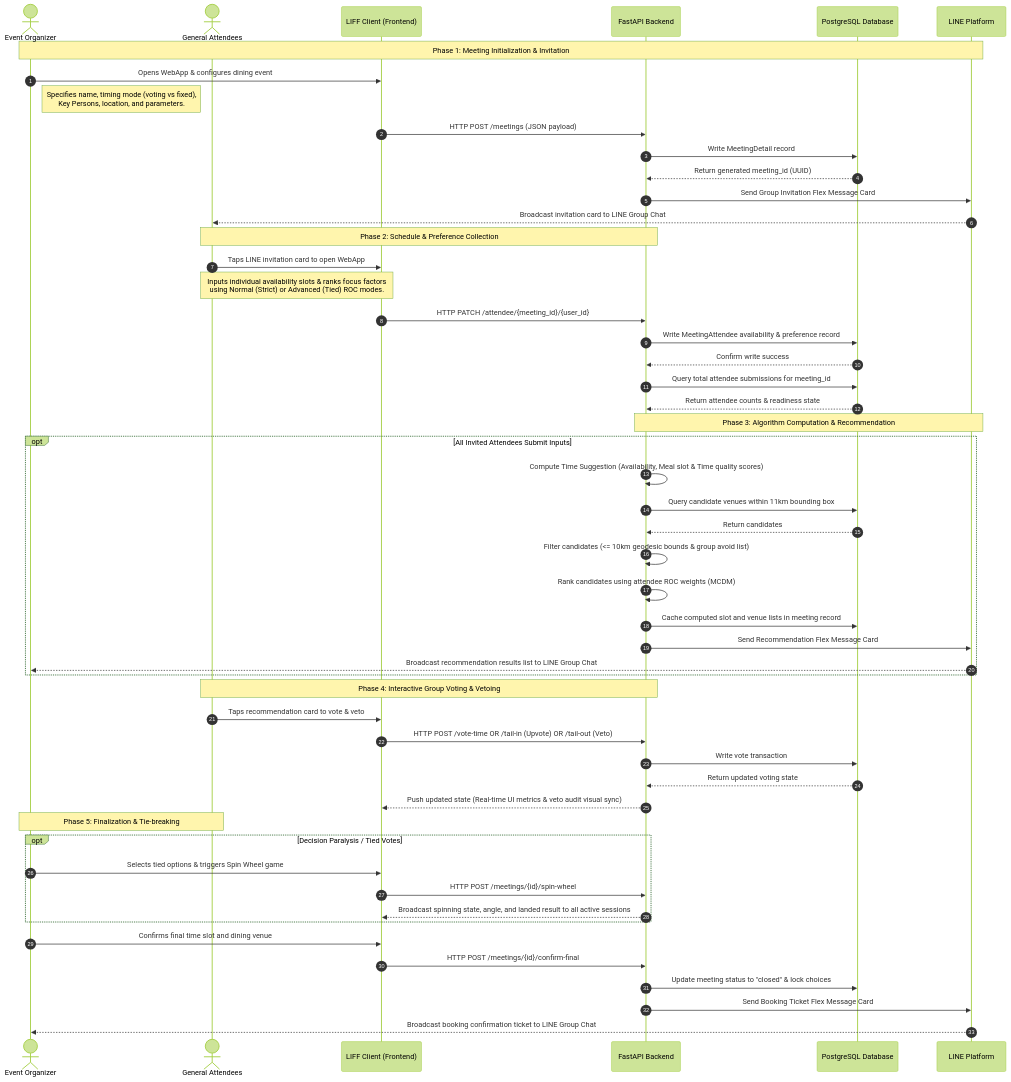
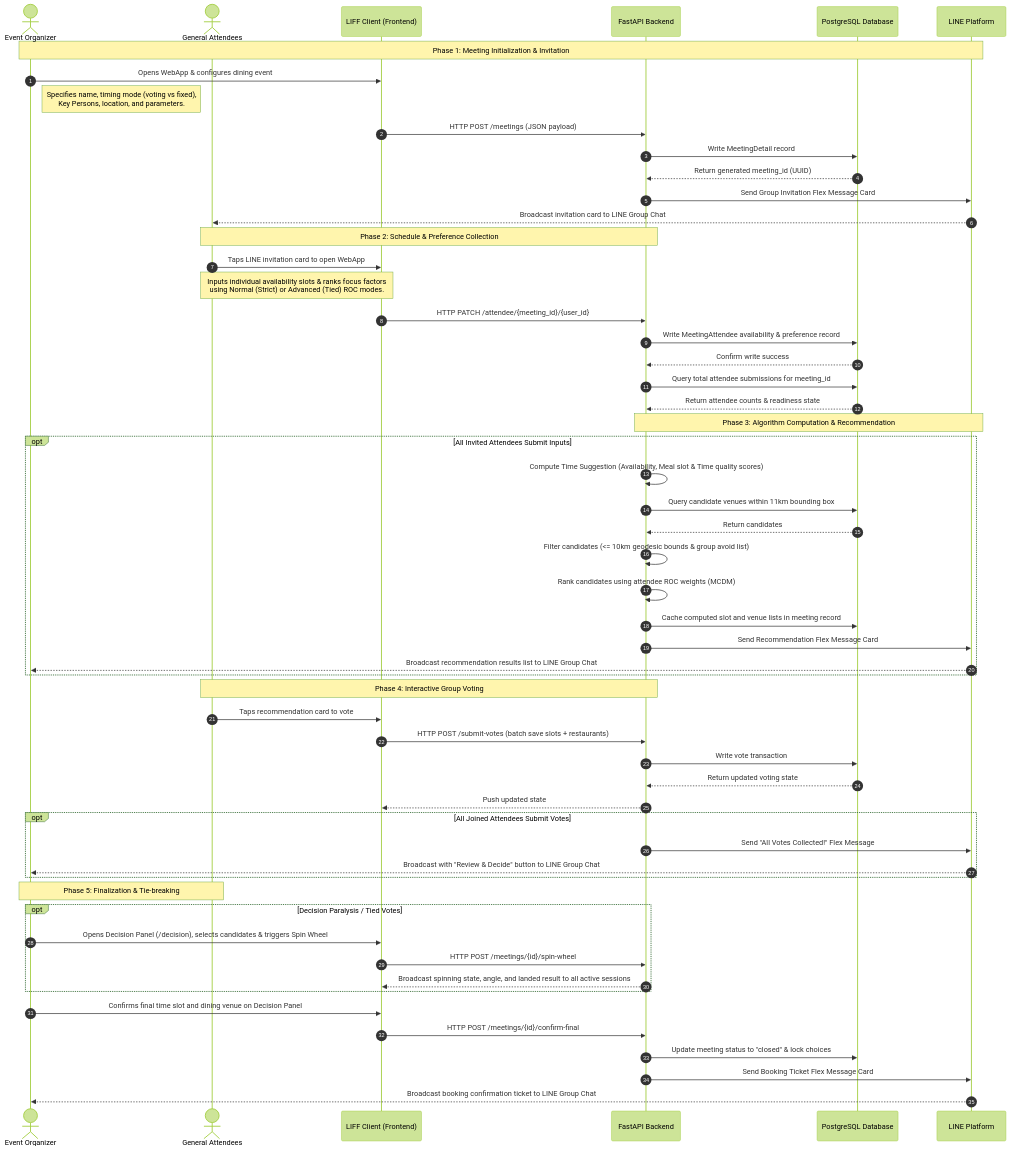
The diagram in README.md (pswpung/DISHCISION), drawn with Mermaid (forest theme) before and after one commit. The commit also changed other lines of this file and 2 other files, not shown here.

Commit message:
feat: update interactive voting flow with batch submission and new decision panel logic

````diff
--- a/README.md
+++ b/README.md
@@ -35,59 +35,64 @@
 ```mermaid
 sequenceDiagram
     autonumber
     actor Organizer as Event Organizer
     actor Attendees as General Attendees
     participant LIFF as LIFF Client (Frontend)
     participant Server as FastAPI Backend
     participant DB as PostgreSQL Database
     participant LINE as LINE Platform
 
     Note over Organizer, LINE: Phase 1: Meeting Initialization & Invitation
     Organizer->>LIFF: Opens WebApp & configures dining event
     Note right of Organizer: Specifies name, timing mode (voting vs fixed),<br/>Key Persons, location, and parameters.
     LIFF->>Server: HTTP POST /meetings (JSON payload)
     Server->>DB: Write MeetingDetail record
     DB-->>Server: Return generated meeting_id (UUID)
     Server->>LINE: Send Group Invitation Flex Message Card
     LINE-->>Attendees: Broadcast invitation card to LINE Group Chat
 
     Note over Attendees, Server: Phase 2: Schedule & Preference Collection
     Attendees->>LIFF: Taps LINE invitation card to open WebApp
     Note over Attendees, LIFF: Inputs individual availability slots & ranks focus factors<br/>using Normal (Strict) or Advanced (Tied) ROC modes.
     LIFF->>Server: HTTP PATCH /attendee/{meeting_id}/{user_id}
     Server->>DB: Write MeetingAttendee availability & preference record
     DB-->>Server: Confirm write success
     Server->>DB: Query total attendee submissions for meeting_id
     DB-->>Server: Return attendee counts & readiness state
 
     Note over Server, LINE: Phase 3: Algorithm Computation & Recommendation
     opt All Invited Attendees Submit Inputs
         Server->>Server: Compute Time Suggestion (Availability, Meal slot & Time quality scores)
         Server->>DB: Query candidate venues within 11km bounding box
         DB-->>Server: Return candidates
         Server->>Server: Filter candidates (<= 10km geodesic bounds & group avoid list)
         Server->>Server: Rank candidates using attendee ROC weights (MCDM)
         Server->>DB: Cache computed slot and venue lists in meeting record
         Server->>LINE: Send Recommendation Flex Message Card
         LINE-->>Organizer: Broadcast recommendation results list to LINE Group Chat
     end
 
-    Note over Attendees, Server: Phase 4: Interactive Group Voting & Vetoing
-    Attendees->>LIFF: Taps recommendation card to vote & veto
-    LIFF->>Server: HTTP POST /vote-time OR /tail-in (Upvote) OR /tail-out (Veto)
+    Note over Attendees, Server: Phase 4: Interactive Group Voting
+    Attendees->>LIFF: Taps recommendation card to vote
+    LIFF->>Server: HTTP POST /submit-votes (batch save slots + restaurants)
     Server->>DB: Write vote transaction
     DB-->>Server: Return updated voting state
-    Server-->>LIFF: Push updated state (Real-time UI metrics & veto audit visual sync)
+    Server-->>LIFF: Push updated state
+    
+    opt All Joined Attendees Submit Votes
+        Server->>LINE: Send "All Votes Collected!" Flex Message
+        LINE-->>Organizer: Broadcast with "Review & Decide" button to LINE Group Chat
+    end
 
     Note over Organizer, Attendees: Phase 5: Finalization & Tie-breaking
     opt Decision Paralysis / Tied Votes
-        Organizer->>LIFF: Selects tied options & triggers Spin Wheel game
+        Organizer->>LIFF: Opens Decision Panel (/decision), selects candidates & triggers Spin Wheel
         LIFF->>Server: HTTP POST /meetings/{id}/spin-wheel
         Server-->>LIFF: Broadcast spinning state, angle, and landed result to all active sessions
     end
-    Organizer->>LIFF: Confirms final time slot and dining venue
+    Organizer->>LIFF: Confirms final time slot and dining venue on Decision Panel
     LIFF->>Server: HTTP POST /meetings/{id}/confirm-final
     Server->>DB: Update meeting status to "closed" & lock choices
     Server->>LINE: Send Booking Ticket Flex Message Card
     LINE-->>Organizer: Broadcast booking confirmation ticket to LINE Group Chat
 ```
````
